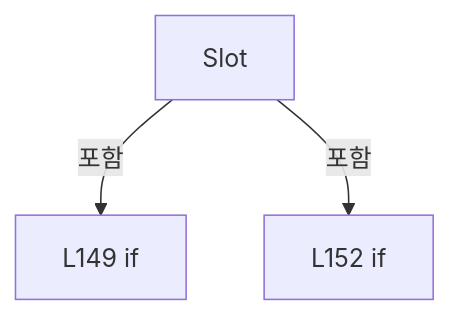
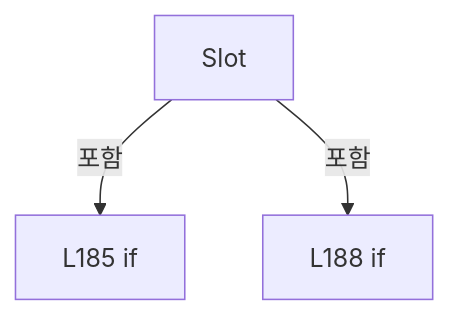
Before and after one commit to kjuws10-rgb/Shared: diagram 13 of 16 in A3 LD Code Ref/files/Drilling.Common/Correction/CDefaultOffsetCalibration.cs.md, drawn with Mermaid. The commit also changed other lines of this file and 1984 other files, not shown here.

Commit message:
docs(a3): update 11.17.0 architecture and complete code reference

````diff
--- a/A3 LD Code Ref/files/Drilling.Common/Correction/CDefaultOffsetCalibration.cs.md
+++ b/A3 LD Code Ref/files/Drilling.Common/Correction/CDefaultOffsetCalibration.cs.md
@@ -1021,8 +1244,8 @@
 ```mermaid
 flowchart TD
  M["Slot"]
- N0["L149 if"]
+ N0["L185 if"]
  M -->|포함| N0
- N1["L152 if"]
+ N1["L188 if"]
  M -->|포함| N1
 ```
````
